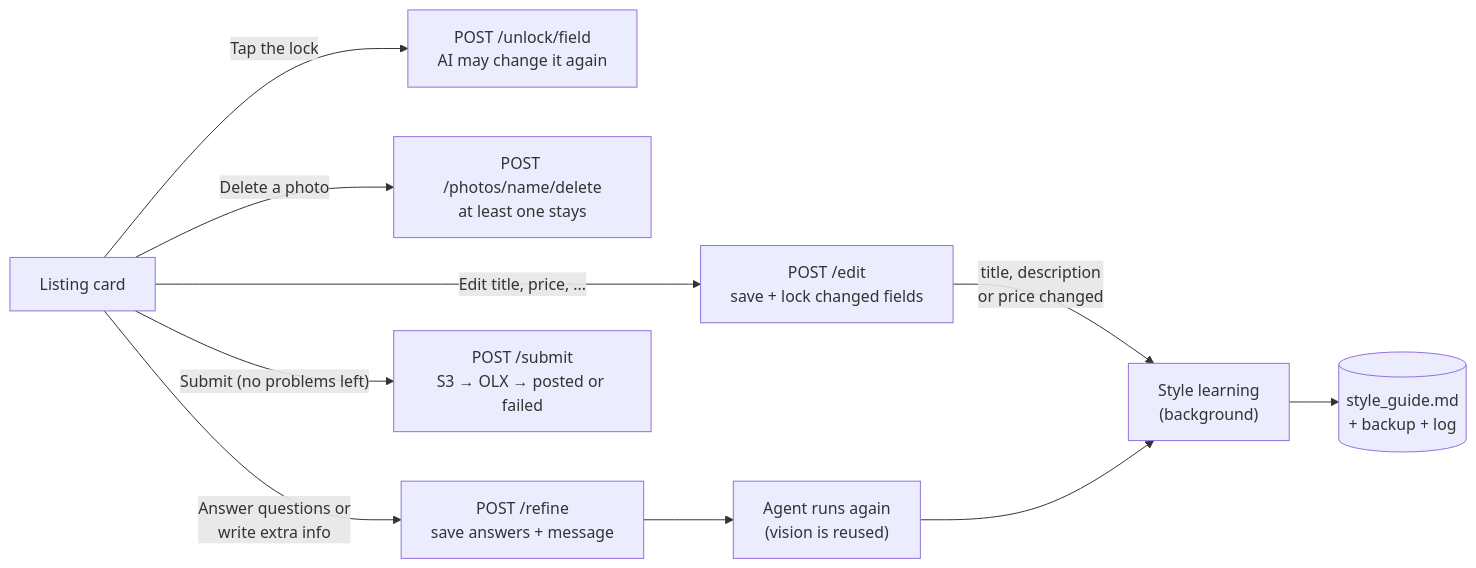
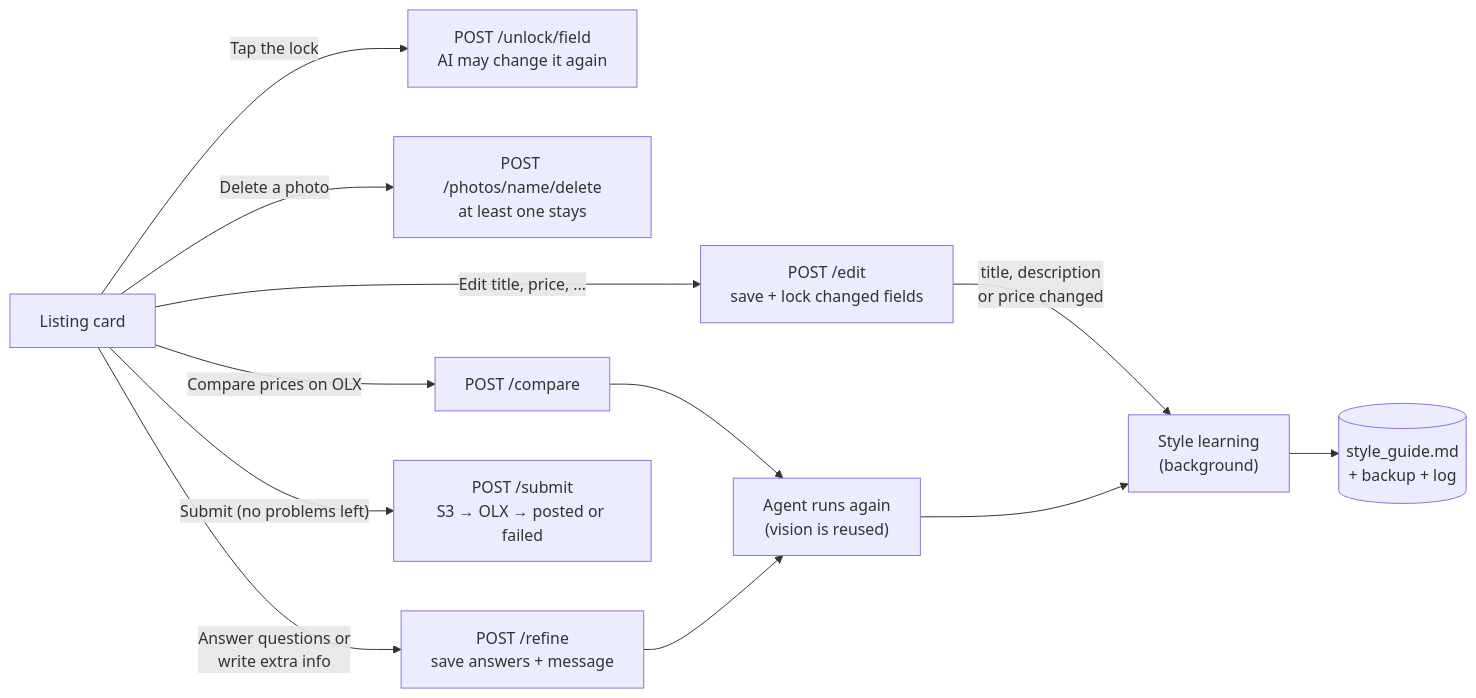
The fifth of 6 diagrams in docs/GUIDE.md (hsavovski/olx-auto), drawn with Mermaid before and after one commit. The commit also changed other lines of this file and 11 other files, not shown here.

First line of the commit message:
Compare prices with OLX comparables on demand

````diff
--- a/docs/GUIDE.md
+++ b/docs/GUIDE.md
@@ -199,13 +205,15 @@
 ```mermaid
 flowchart LR
   card["Listing card"]
   card -->|"Edit title, price, ..."| edit["POST /edit<br/>save + lock changed fields"]
   card -->|"Tap the lock"| unlock["POST /unlock/field<br/>AI may change it again"]
   card -->|"Delete a photo"| delphoto["POST /photos/name/delete<br/>at least one stays"]
   card -->|"Answer questions or<br/>write extra info"| refine["POST /refine<br/>save answers + message"]
+  card -->|"Compare prices on OLX"| compare["POST /compare"]
+  compare --> rerun
   edit -->|"title, description<br/>or price changed"| learn["Style learning<br/>(background)"]
   refine --> rerun["Agent runs again<br/>(vision is reused)"]
   rerun --> learn
   learn --> guide[("style_guide.md<br/>+ backup + log")]
   card -->|"Submit (no problems left)"| post["POST /submit<br/>S3 → OLX → posted or failed"]
 ```
````
